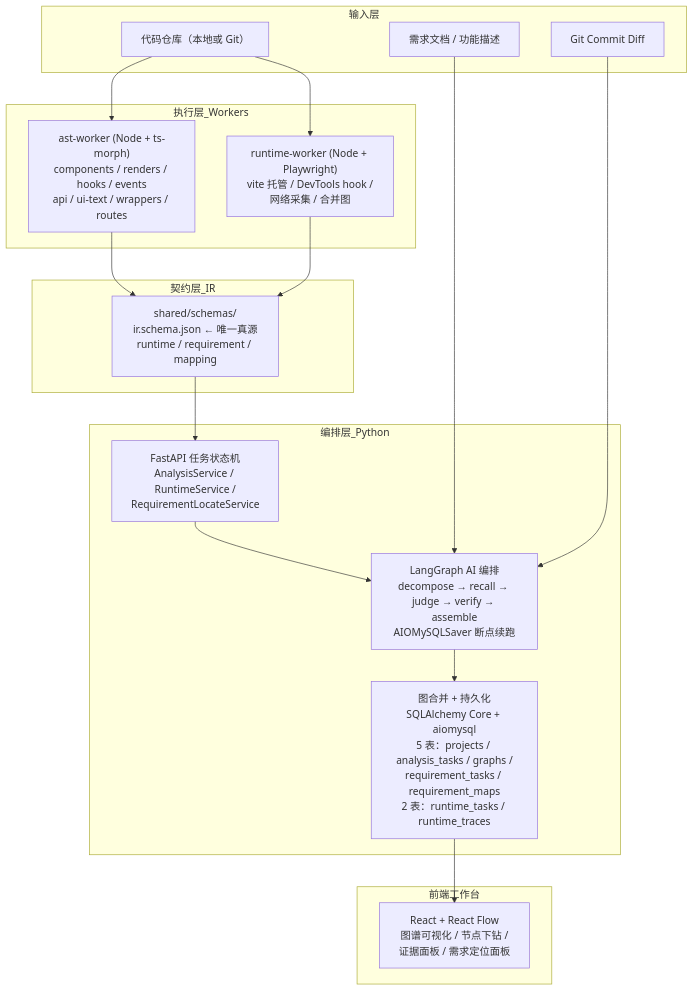
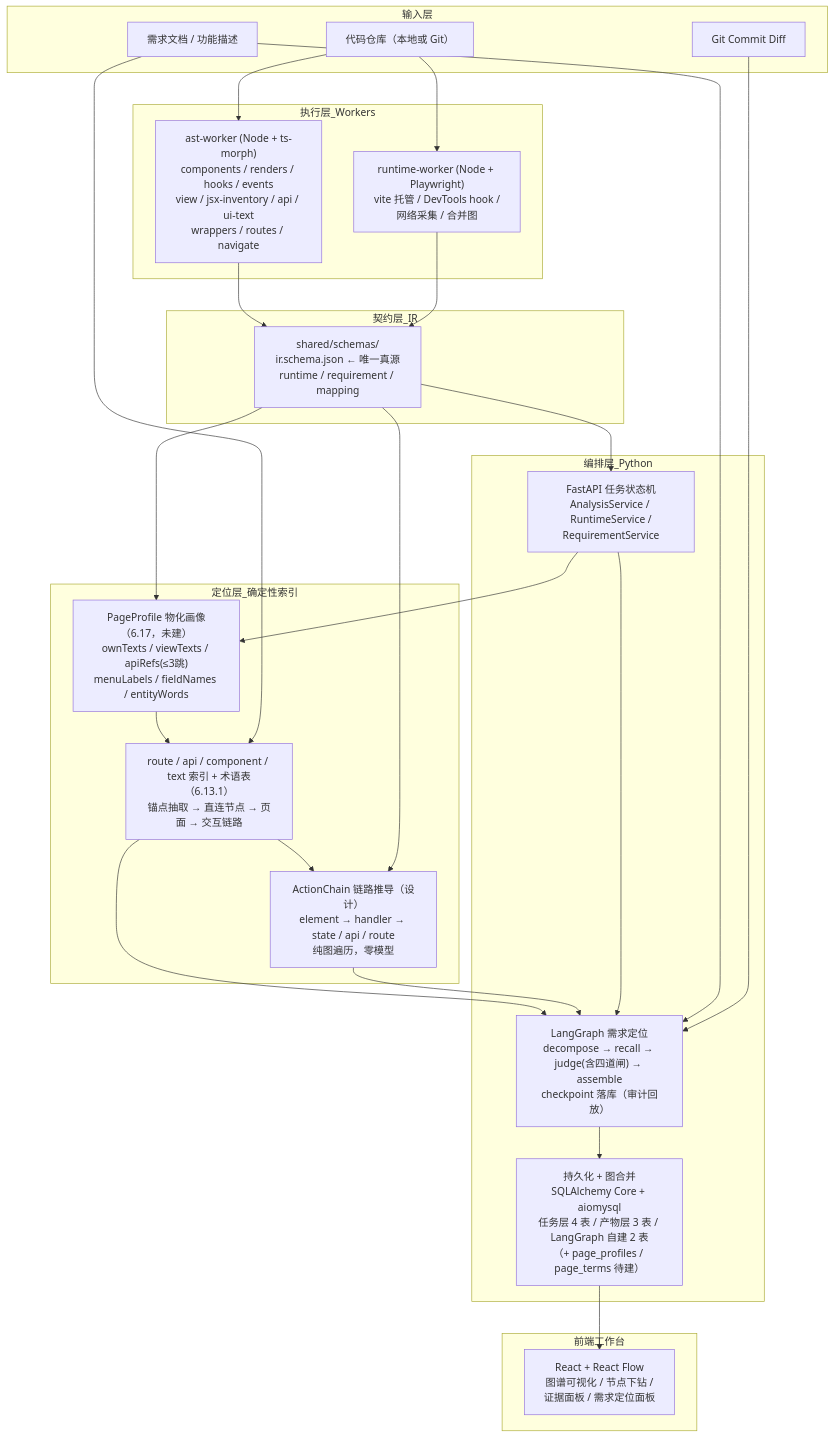
One commit to MyVing/MyUiCodeAnalysis changed the diagram in docs/technical-design.md. Above: the diagram before and after it, drawn with Mermaid. The commit also changed other lines of this file and 105 other files, not shown here.

````diff
--- a/docs/technical-design.md
+++ b/docs/technical-design.md
@@ -678,54 +1463,73 @@
 ```mermaid
 flowchart TD
     subgraph 输入层
         I1["需求文档 / 功能描述"]
         I2["代码仓库（本地或 Git）"]
         I3["Git Commit Diff"]
     end
 
     subgraph 执行层_Workers
         W1["ast-worker (Node + ts-morph)
 components / renders / hooks / events
-api / ui-text / wrappers / routes"]
+view / jsx-inventory / api / ui-text
+wrappers / routes / navigate"]
         W2["runtime-worker (Node + Playwright)
 vite 托管 / DevTools hook /
 网络采集 / 合并图"]
     end
 
     subgraph 契约层_IR
         IR["shared/schemas/
 ir.schema.json ← 唯一真源
 runtime / requirement / mapping"]
     end
 
+    subgraph 定位层_确定性索引
+        PP["PageProfile 物化画像（6.17，未建）
+ownTexts / viewTexts / apiRefs(≤3跳)
+menuLabels / fieldNames / entityWords"]
+        IDX["route / api / component / text 索引 + 术语表（6.13.1）
+锚点抽取 → 直连节点 → 页面 → 交互链路"]
+        AC["ActionChain 链路推导（设计）
+element → handler → state / api / route
+纯图遍历，零模型"]
+        PP --> IDX
+        IDX --> AC
+    end
+
     subgraph 编排层_Python
         B1["FastAPI 任务状态机
 AnalysisService / RuntimeService /
-RequirementLocateService"]
-        B2["LangGraph AI 编排
-decompose → recall → judge → verify → assemble
-AIOMySQLSaver 断点续跑"]
-        B3["图合并 + 持久化
+RequirementService"]
+        B2["LangGraph 需求定位
+decompose → recall → judge(含四道闸) → assemble
+checkpoint 落库（审计回放）"]
+        B3["持久化 + 图合并
 SQLAlchemy Core + aiomysql
-5 表：projects / analysis_tasks / graphs /
-requirement_tasks / requirement_maps
-2 表：runtime_tasks / runtime_traces"]
+任务层 4 表 / 产物层 3 表 / LangGraph 自建 2 表
+（+ page_profiles / page_terms 待建）"]
     end
 
     subgraph 前端工作台
         F1["React + React Flow
 图谱可视化 / 节点下钻 /
 证据面板 / 需求定位面板"]
     end
 
     I2 --> W1
     I2 --> W2
     W1 --> IR
     W2 --> IR
     IR --> B1
+    IR --> PP
+    IR --> AC
+    I1 --> IDX
+    IDX --> B2
+    AC --> B2
+    B1 --> PP
     B1 --> B2
     B2 --> B3
     B3 --> F1
     I1 --> B2
     I3 --> B2
 ```
````
